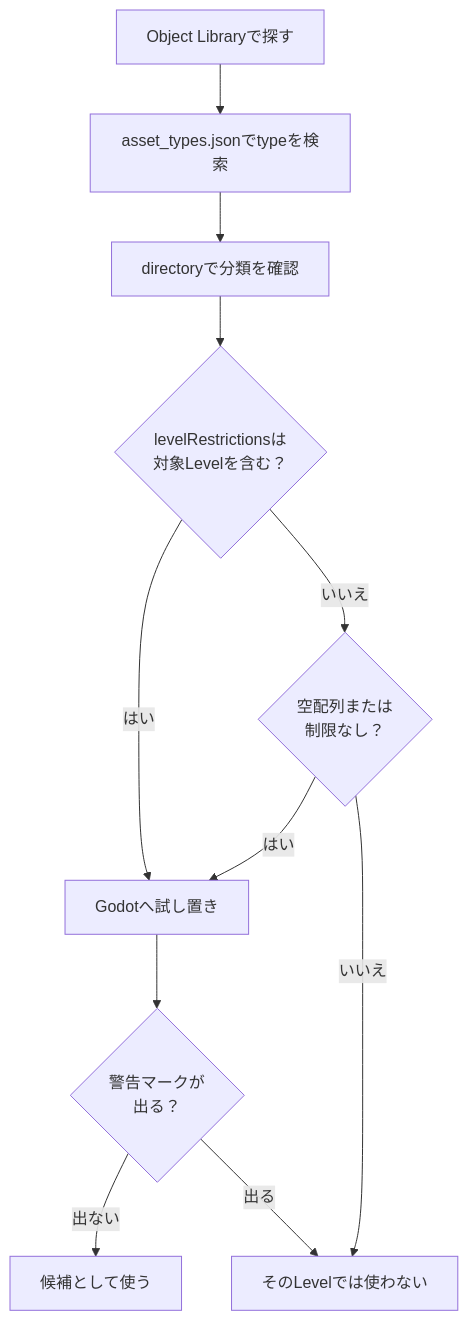
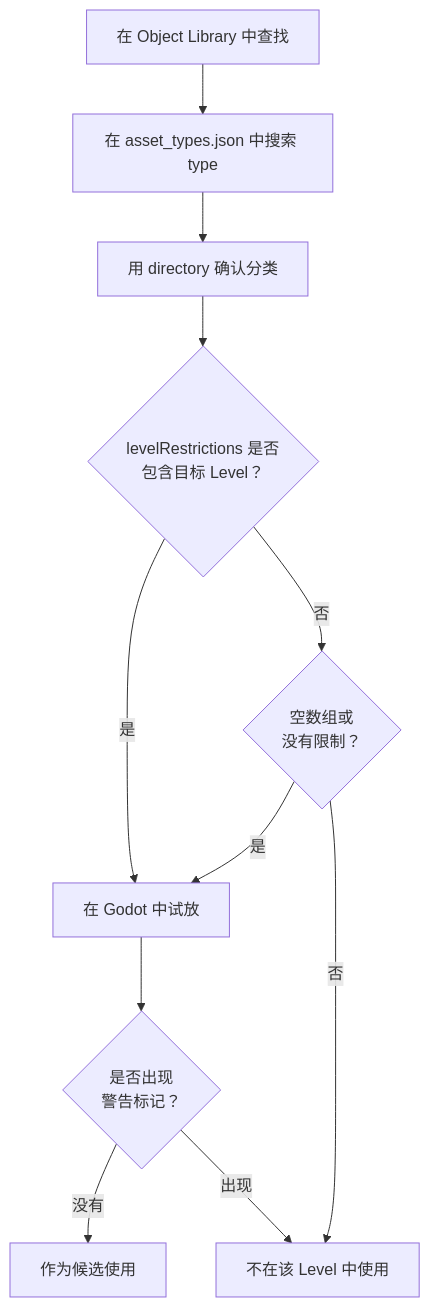
Before and after one commit to link1345/bf-portal-book: the diagram in content/locales/zh-CN/chapters/4-map-editer.md, drawn with Mermaid. The commit also changed other lines of this file and 2 other files, not shown here.

````diff
--- a/content/locales/zh-CN/chapters/4-map-editer.md
+++ b/content/locales/zh-CN/chapters/4-map-editer.md
@@ -63,21 +63,21 @@
 ```mermaid
 flowchart TD
-  library["Object Libraryで探す"]
-  assetTypes["asset_types.jsonでtypeを検索"]
-  directory["directoryで分類を確認"]
-  restrictions{"levelRestrictionsは<br/>対象Levelを含む？"}
-  empty{"空配列または<br/>制限なし？"}
-  place["Godotへ試し置き"]
-  warning{"警告マークが<br/>出る？"}
-  usable["候補として使う"]
-  unusable["そのLevelでは使わない"]
+  library["在 Object Library 中查找"]
+  assetTypes["在 asset_types.json 中搜索 type"]
+  directory["用 directory 确认分类"]
+  restrictions{"levelRestrictions 是否<br/>包含目标 Level？"}
+  empty{"空数组或<br/>没有限制？"}
+  place["在 Godot 中试放"]
+  warning{"是否出现<br/>警告标记？"}
+  usable["作为候选使用"]
+  unusable["不在该 Level 中使用"]
 
   library --> assetTypes --> directory --> restrictions
-  restrictions -- "はい" --> place
-  restrictions -- "いいえ" --> empty
-  empty -- "はい" --> place
-  empty -- "いいえ" --> unusable
+  restrictions -- "是" --> place
+  restrictions -- "否" --> empty
+  empty -- "是" --> place
+  empty -- "否" --> unusable
   place --> warning
-  warning -- "出ない" --> usable
-  warning -- "出る" --> unusable
+  warning -- "没有" --> usable
+  warning -- "出现" --> unusable
 ```
````
